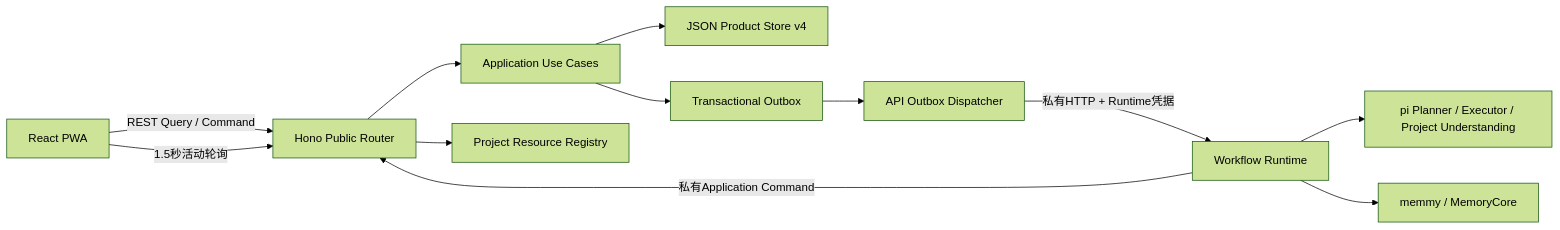
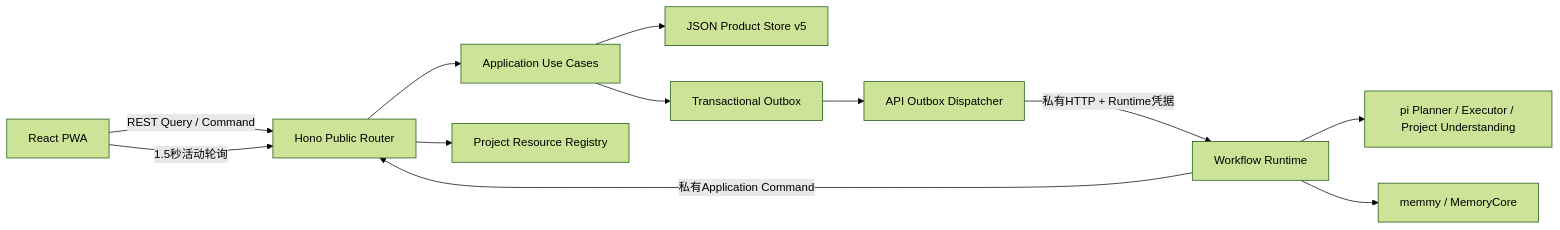
The diagram in docs/architecture/frontend-backend-interaction.md (later-3/Chat), drawn with Mermaid (forest theme) before and after one commit. The commit also changed other lines of this file and 15 other files, not shown here.

````diff
--- a/docs/architecture/frontend-backend-interaction.md
+++ b/docs/architecture/frontend-backend-interaction.md
@@ -21,14 +21,14 @@
 ```mermaid
 flowchart LR
     WEB[React PWA] -->|REST Query / Command| API[Hono Public Router]
     API --> APP[Application Use Cases]
-    APP --> STORE[JSON Product Store v4]
+    APP --> STORE[JSON Product Store v5]
     APP --> OUTBOX[Transactional Outbox]
     OUTBOX --> DISPATCHER[API Outbox Dispatcher]
     DISPATCHER -->|私有HTTP + Runtime凭据| WFR[Workflow Runtime]
     WFR --> PI[pi Planner / Executor / Project Understanding]
     WFR --> MEM[memmy / MemoryCore]
     API --> PRJ[Project Resource Registry]
     WFR -->|私有Application Command| API
     WEB -->|1.5秒活动轮询| API
 ```
````
